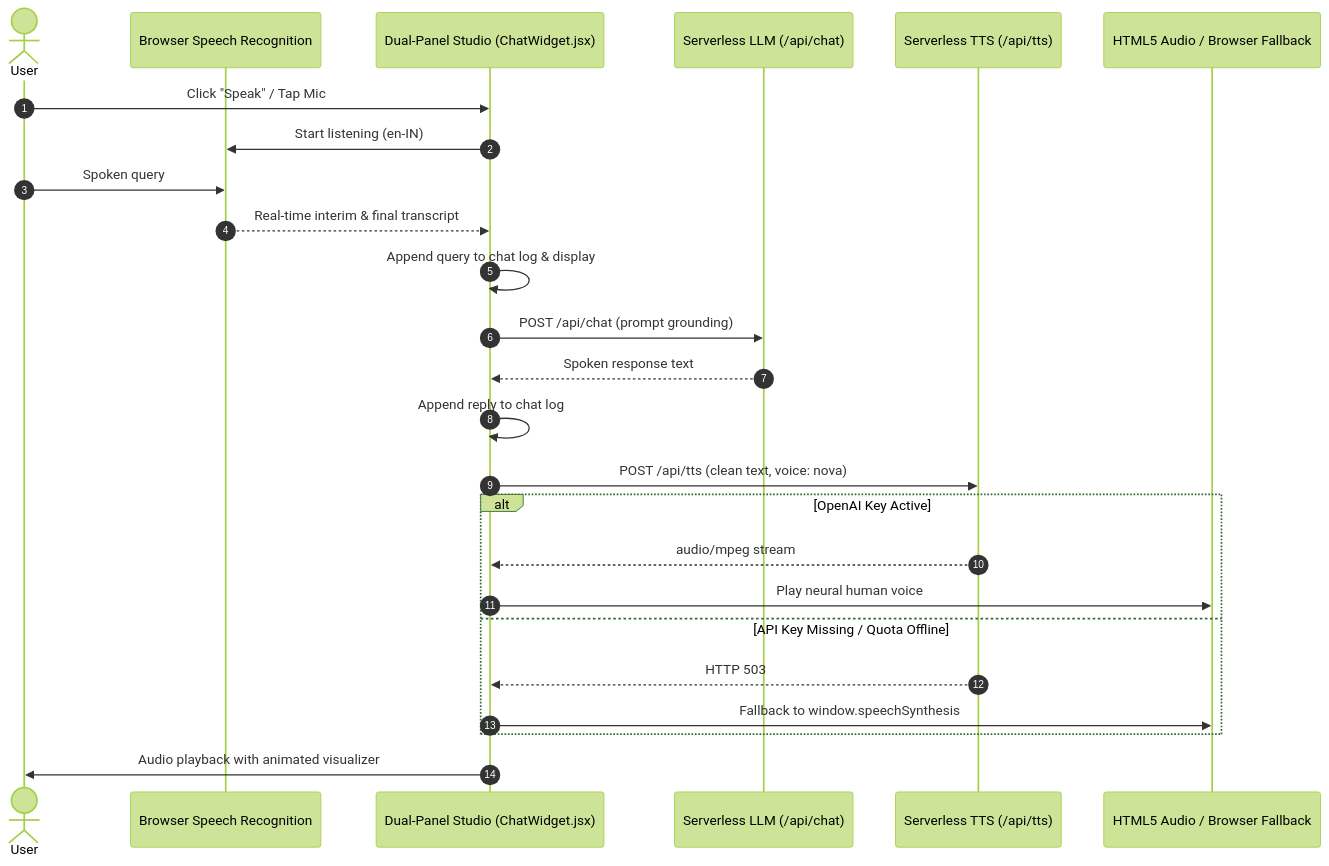
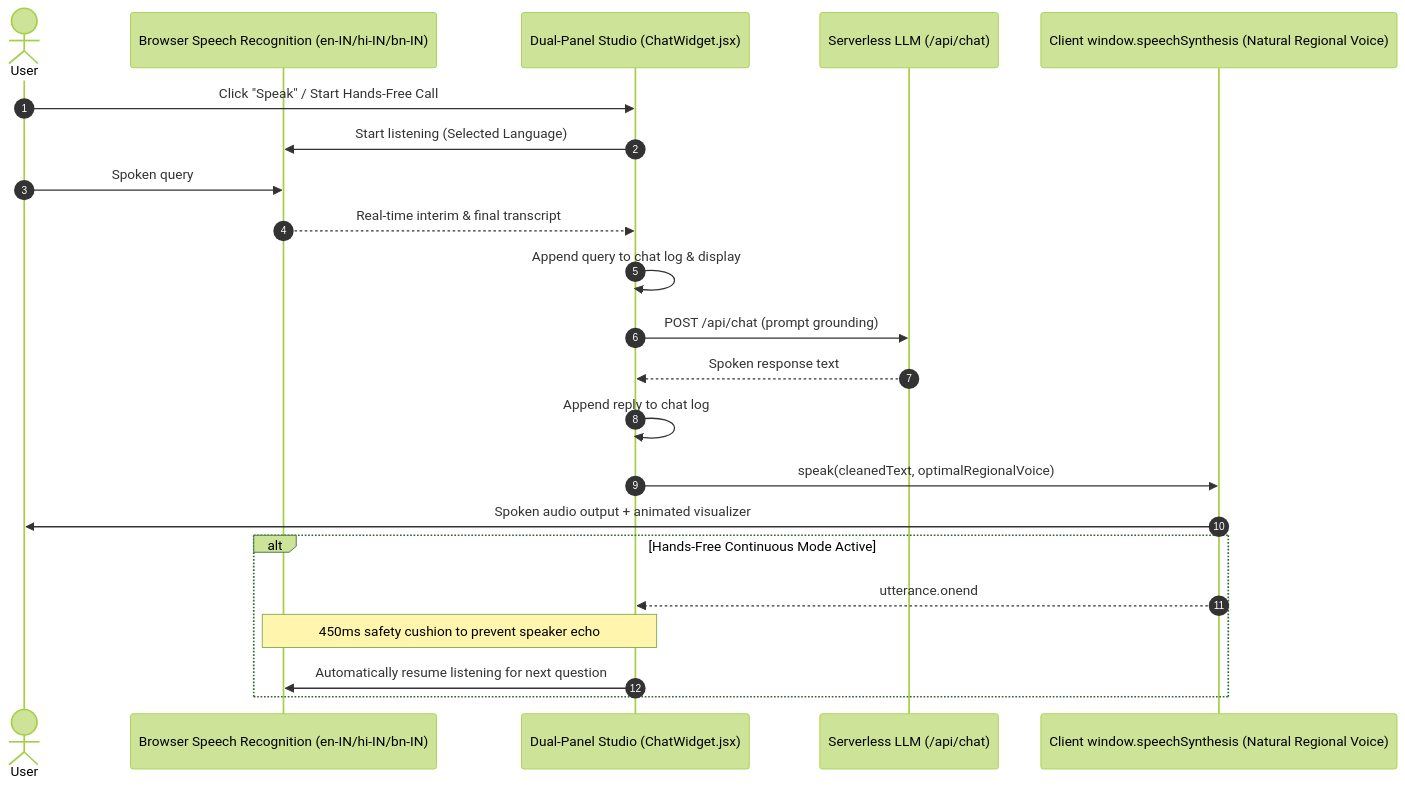
Before and after one commit to Phoenixdelta74/saurik_website: the second of 2 diagrams in architecture.md, drawn with Mermaid (forest theme). The commit also changed other lines of this file and 9 other files, not shown here.

````diff
--- a/architecture.md
+++ b/architecture.md
@@ -302,28 +302,25 @@
 ```mermaid
 sequenceDiagram
     autonumber
     actor User
-    participant BrowserSTT as Browser Speech Recognition
+    participant BrowserSTT as Browser Speech Recognition (en-IN/hi-IN/bn-IN)
     participant ChatWidget as Dual-Panel Studio (ChatWidget.jsx)
     participant ChatAPI as Serverless LLM (/api/chat)
-    participant TTS_API as Serverless TTS (/api/tts)
-    participant AudioPlayer as HTML5 Audio / Browser Fallback
+    participant SpeechSynth as Client window.speechSynthesis (Natural Regional Voice)
 
-    User->>ChatWidget: Click "Speak" / Tap Mic
-    ChatWidget->>BrowserSTT: Start listening (en-IN)
+    User->>ChatWidget: Click "Speak" / Start Hands-Free Call
+    ChatWidget->>BrowserSTT: Start listening (Selected Language)
     User->>BrowserSTT: Spoken query
     BrowserSTT-->>ChatWidget: Real-time interim & final transcript
     ChatWidget->>ChatWidget: Append query to chat log & display
     ChatWidget->>ChatAPI: POST /api/chat (prompt grounding)
     ChatAPI-->>ChatWidget: Spoken response text
     ChatWidget->>ChatWidget: Append reply to chat log
-    ChatWidget->>TTS_API: POST /api/tts (clean text, voice: nova)
-    alt OpenAI Key Active
-        TTS_API-->>ChatWidget: audio/mpeg stream
-        ChatWidget->>AudioPlayer: Play neural human voice
-    else API Key Missing / Quota Offline
-        TTS_API-->>ChatWidget: HTTP 503
-        ChatWidget->>AudioPlayer: Fallback to window.speechSynthesis
+    ChatWidget->>SpeechSynth: speak(cleanedText, optimalRegionalVoice)
+    SpeechSynth->>User: Spoken audio output + animated visualizer
+    alt Hands-Free Continuous Mode Active
+        SpeechSynth-->>ChatWidget: utterance.onend
+        Note over ChatWidget,BrowserSTT: 450ms safety cushion to prevent speaker echo
+        ChatWidget->>BrowserSTT: Automatically resume listening for next question
     end
-    ChatWidget->>User: Audio playback with animated visualizer
 ```
````
